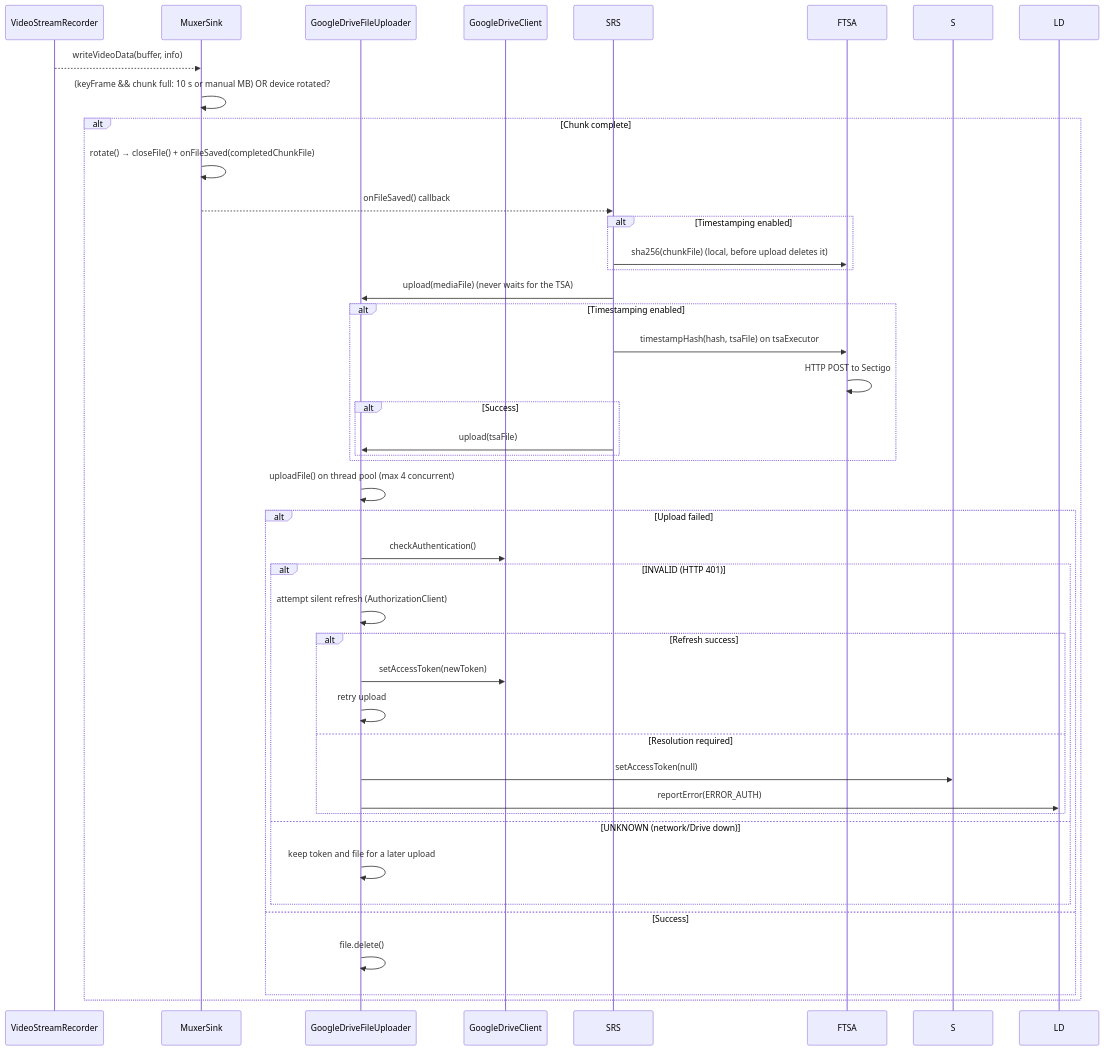
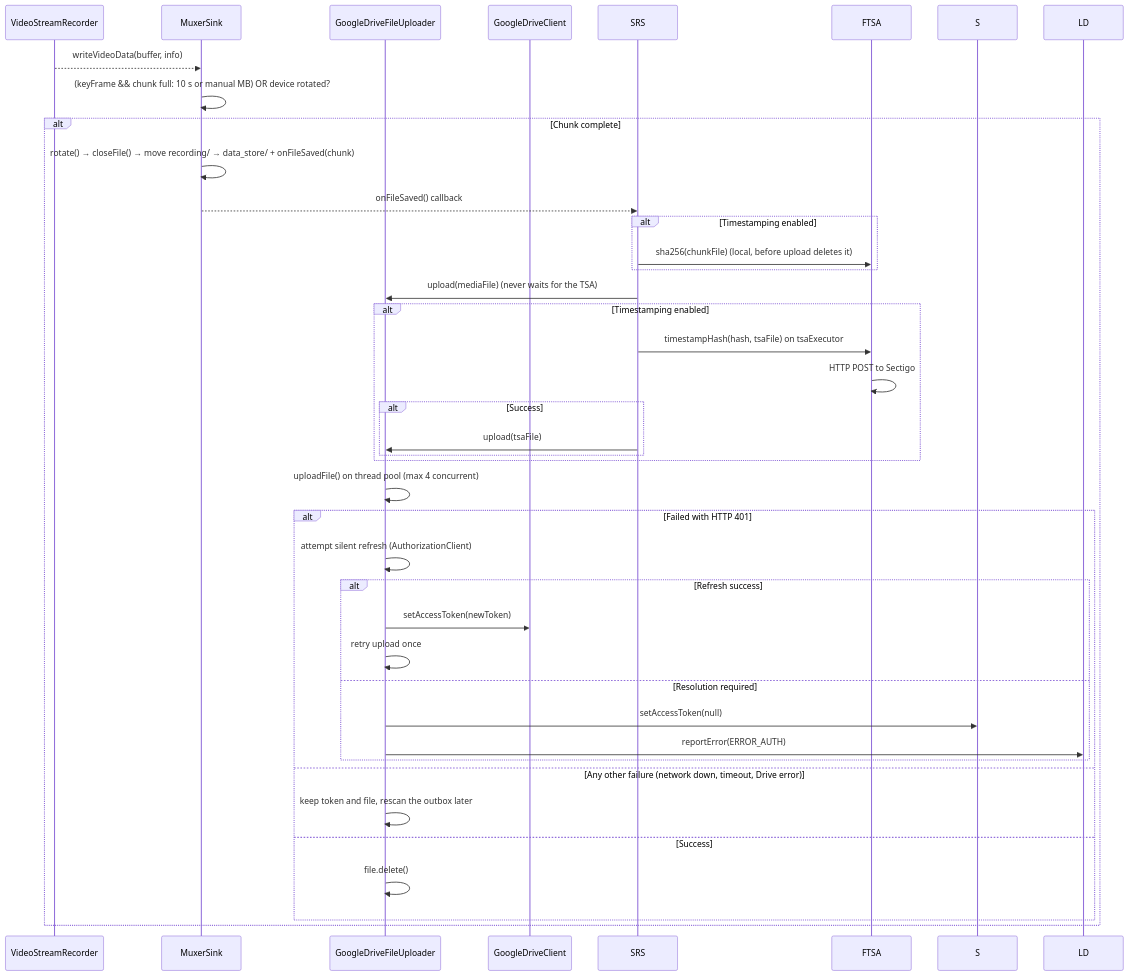
The third of 4 diagrams in AGENTS.md (ark3us/saferec), drawn with Mermaid before and after one commit. The commit also changed other lines of this file and 1 other file, not shown here.

Commit message:
Document outbox, retry and Drive folder rules

````diff
--- a/AGENTS.md
+++ b/AGENTS.md
@@ -163,43 +165,40 @@
 ```mermaid
 sequenceDiagram
     participant VSR as VideoStreamRecorder
     participant MS as MuxerSink
     participant GDFU as GoogleDriveFileUploader
     participant GDC as GoogleDriveClient
 
     VSR-->>MS: writeVideoData(buffer, info)
     MS->>MS: (keyFrame && chunk full: 10 s or manual MB) OR device rotated?
     alt Chunk complete
-        MS->>MS: rotate() → closeFile() + onFileSaved(completedChunkFile)
+        MS->>MS: rotate() → closeFile() → move recording/ → data_store/ + onFileSaved(chunk)
         MS-->>SRS: onFileSaved() callback
         alt Timestamping enabled
             SRS->>FTSA: sha256(chunkFile) (local, before upload deletes it)
         end
         SRS->>GDFU: upload(mediaFile) (never waits for the TSA)
         alt Timestamping enabled
             SRS->>FTSA: timestampHash(hash, tsaFile) on tsaExecutor
             FTSA->>FTSA: HTTP POST to Sectigo
             alt Success
                 SRS->>GDFU: upload(tsaFile)
             end
         end
         GDFU->>GDFU: uploadFile() on thread pool (max 4 concurrent)
-        alt Upload failed
-            GDFU->>GDC: checkAuthentication()
-            alt INVALID (HTTP 401)
-                GDFU->>GDFU: attempt silent refresh (AuthorizationClient)
-                alt Refresh success
-                    GDFU->>GDC: setAccessToken(newToken)
-                    GDFU->>GDFU: retry upload
-                else Resolution required
-                    GDFU->>S: setAccessToken(null)
-                    GDFU->>LD: reportError(ERROR_AUTH)
-                end
-            else UNKNOWN (network/Drive down)
-                GDFU->>GDFU: keep token and file for a later upload
+        alt Failed with HTTP 401
+            GDFU->>GDFU: attempt silent refresh (AuthorizationClient)
+            alt Refresh success
+                GDFU->>GDC: setAccessToken(newToken)
+                GDFU->>GDFU: retry upload once
+            else Resolution required
+                GDFU->>S: setAccessToken(null)
+                GDFU->>LD: reportError(ERROR_AUTH)
             end
+        else Any other failure (network down, timeout, Drive error)
+            GDFU->>GDFU: keep token and file, rescan the outbox later
         else Success
             GDFU->>GDFU: file.delete()
         end
     end
 ```
````
